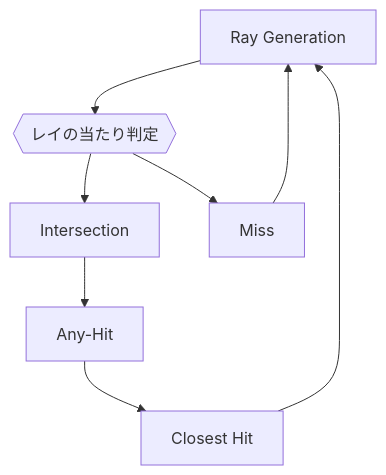
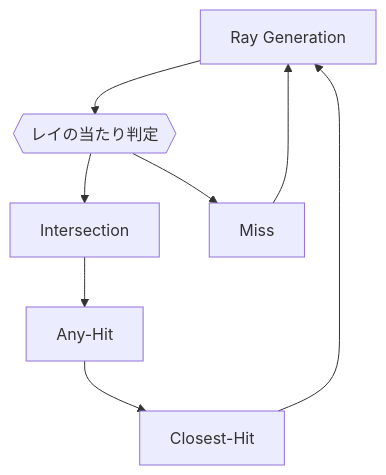
One commit to hatoo/zenn-content changed the second of 2 diagrams in books/52bcb9e9f7c87d/vkr-overview.md. Above: the diagram before and after it, drawn with Mermaid.

````diff
--- a/books/52bcb9e9f7c87d/vkr-overview.md
+++ b/books/52bcb9e9f7c87d/vkr-overview.md
@@ -82,10 +82,10 @@
 ```mermaid
 graph TB
     G[Ray Generation] --> RT{{レイの当たり判定}}
     RT --> I[Intersection]
     RT --> Miss
     I --> A[Any-Hit]
-    A --> C[Closest Hit]
+    A --> C[Closest-Hit]
     C --> G
     Miss --> G
 ```
````
